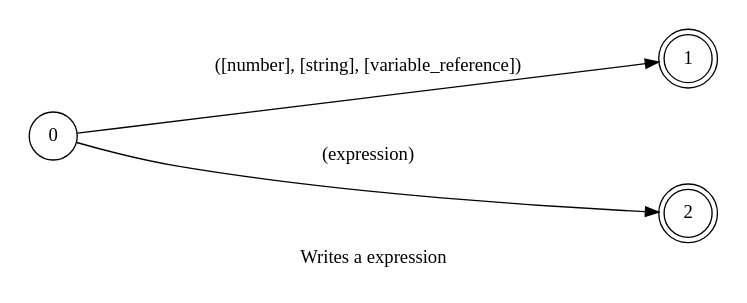
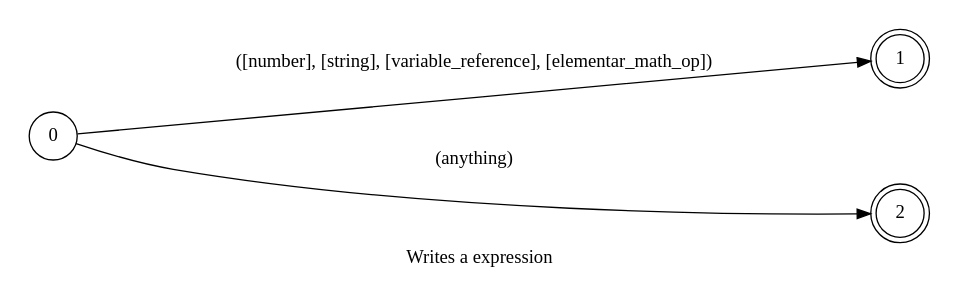
The diagram in spoken/src/modules/typescript/expressions/phrase_en-US.dot (pedrooaugusto/speech-to-code), drawn with Graphviz before and after one commit. The commit also changed 40 other files, not shown here.

```diff
--- a/spoken/src/modules/typescript/expressions/phrase_en-US.dot
+++ b/spoken/src/modules/typescript/expressions/phrase_en-US.dot
@@ -1,19 +1,19 @@
 digraph expressions {
     id="expressions";
     label="Writes a expression";
     lang="en-US";
     langName="English";
     pad="0.2";
     nodesep="1";
     ranksep="2";
     rankdir=LR;
     alias="true";
     node[shape=doublecircle]; 1 2;
     node[shape=circle];
 
-    0 -> 1 [label="([number], [string], [variable_reference])", store=expression];
-    0 -> 2 [label="(expression)", store=wildCard, normalizer="identity"];
+    0 -> 1 [label="([number], [string], [variable_reference], [elementar_math_op])", store=expression];
+    0 -> 2 [label="(anything)", store=wildCard, normalizer="identity"];
 
     title="Writes a expression";
     desc="Writes a expression in the editor, this is meant to be used inside another automatas";
 }
```
